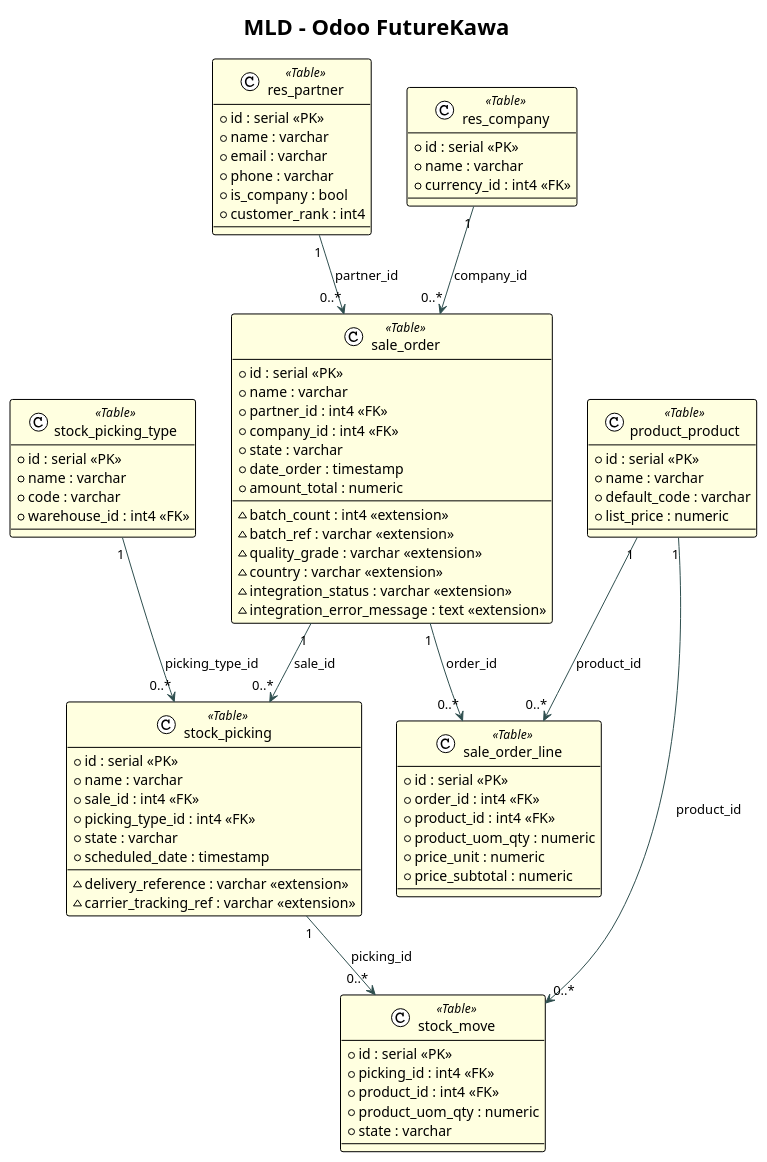
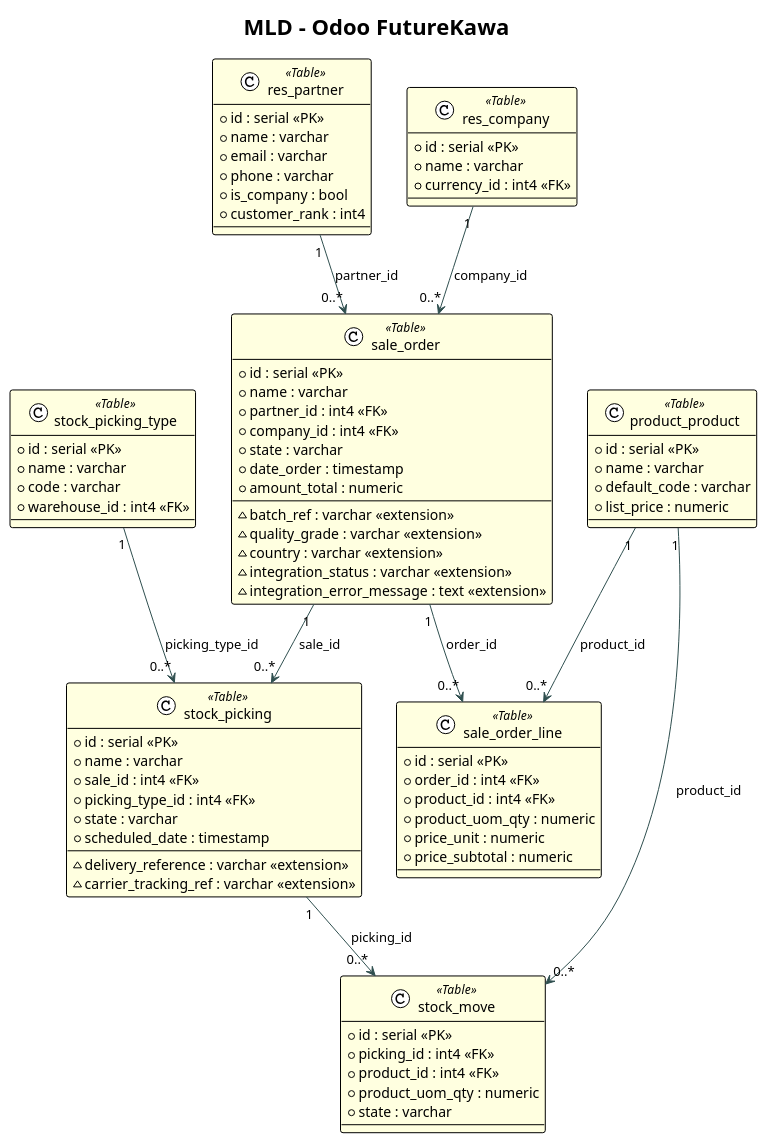
Before and after one commit to FutureKawa-Nte-G2/FutureKawa: the diagram in Documentation/diagrammes/mld_odoo.puml, drawn with PlantUML. The commit also changed 9 other files, not shown here.

```diff
--- a/Documentation/diagrammes/mld_odoo.puml
+++ b/Documentation/diagrammes/mld_odoo.puml
@@ -1,98 +1,97 @@
 @startuml MLD_Odoo_FutureKawa
 
 !theme plain
 
 title MLD - Odoo FutureKawa
 
 skinparam class {
     BackgroundColor<<Table>> LightYellow
     BackgroundColor<<Extension>> LightBlue
     ArrowColor DarkSlateGray
 }
 
 class "sale_order" as SaleOrder <<Table>> {
   + id : serial <<PK>>
   + name : varchar
   + partner_id : int4 <<FK>>
   + company_id : int4 <<FK>>
   + state : varchar
   + date_order : timestamp
   + amount_total : numeric
   --
-  ~ batch_count : int4 <<extension>>
   ~ batch_ref : varchar <<extension>>
   ~ quality_grade : varchar <<extension>>
   ~ country : varchar <<extension>>
   ~ integration_status : varchar <<extension>>
   ~ integration_error_message : text <<extension>>
 }
 
 class "sale_order_line" as SaleOrderLine <<Table>> {
   + id : serial <<PK>>
   + order_id : int4 <<FK>>
   + product_id : int4 <<FK>>
   + product_uom_qty : numeric
   + price_unit : numeric
   + price_subtotal : numeric
 }
 
 class "res_partner" as ResPartner <<Table>> {
   + id : serial <<PK>>
   + name : varchar
   + email : varchar
   + phone : varchar
   + is_company : bool
   + customer_rank : int4
 }
 
 class "res_company" as ResCompany <<Table>> {
   + id : serial <<PK>>
   + name : varchar
   + currency_id : int4 <<FK>>
 }
 
 class "stock_picking" as StockPicking <<Table>> {
   + id : serial <<PK>>
   + name : varchar
   + sale_id : int4 <<FK>>
   + picking_type_id : int4 <<FK>>
   + state : varchar
   + scheduled_date : timestamp
   --
   ~ delivery_reference : varchar <<extension>>
   ~ carrier_tracking_ref : varchar <<extension>>
 }
 
 class "stock_move" as StockMove <<Table>> {
   + id : serial <<PK>>
   + picking_id : int4 <<FK>>
   + product_id : int4 <<FK>>
   + product_uom_qty : numeric
   + state : varchar
 }
 
 class "stock_picking_type" as StockPickingType <<Table>> {
   + id : serial <<PK>>
   + name : varchar
   + code : varchar
   + warehouse_id : int4 <<FK>>
 }
 
 class "product_product" as ProductProduct <<Table>> {
   + id : serial <<PK>>
   + name : varchar
   + default_code : varchar
   + list_price : numeric
 }
 
 ' Relations logiques
 ResPartner "1" --> "0..*" SaleOrder : partner_id
 ResCompany "1" --> "0..*" SaleOrder : company_id
 SaleOrder "1" --> "0..*" SaleOrderLine : order_id
 ProductProduct "1" --> "0..*" SaleOrderLine : product_id
 SaleOrder "1" --> "0..*" StockPicking : sale_id
 StockPickingType "1" --> "0..*" StockPicking : picking_type_id
 StockPicking "1" --> "0..*" StockMove : picking_id
 ProductProduct "1" --> "0..*" StockMove : product_id
 
 @enduml
```
